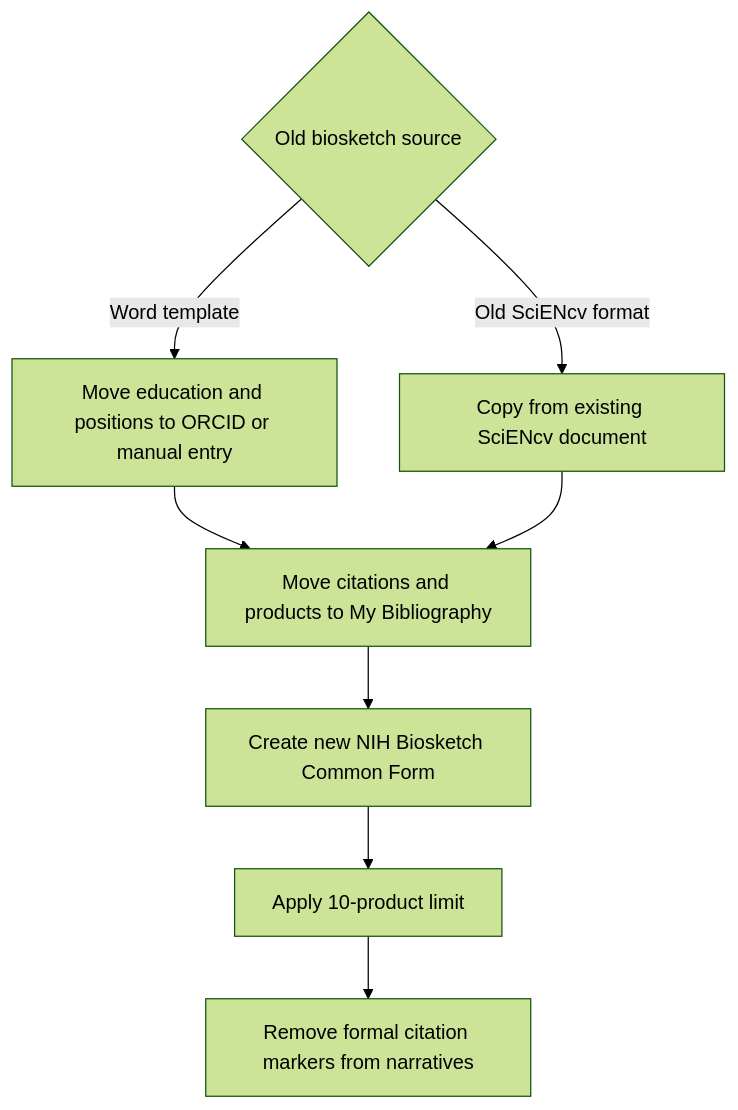
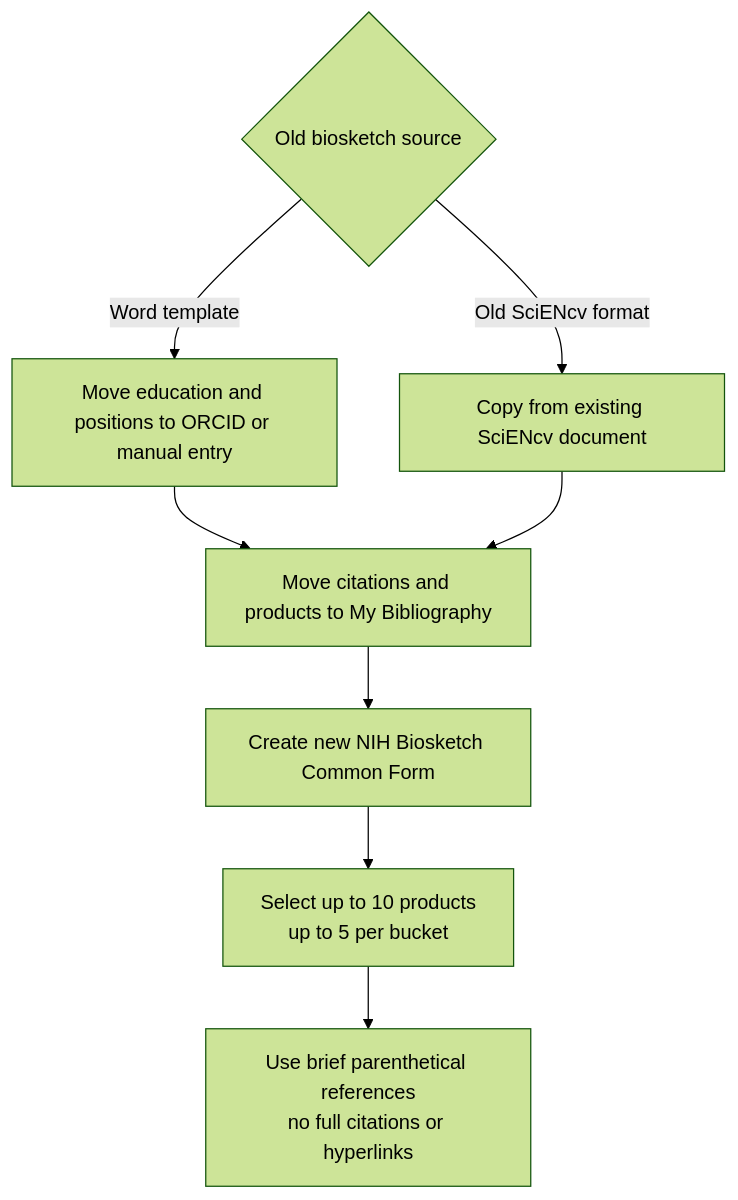
The diagram in docs/biosketch/transition-from-old.md (FritscheLab/nih-sciencv-playbook), drawn with Mermaid (forest theme) before and after one commit. The commit also changed other lines of this file and 48 other files, not shown here.

````diff
--- a/docs/biosketch/transition-from-old.md
+++ b/docs/biosketch/transition-from-old.md
@@ -24,12 +24,12 @@
 ```mermaid
 flowchart TD
     accTitle: Old biosketch transition path
     accDescr: Legacy Word and older SciENcv biosketch content moves into upstream data sources and the new Common Form document.
     A{"Old biosketch source"} -- "Word template" --> B["Move education and positions to ORCID or manual entry"]
     A -- "Old SciENcv format" --> C["Copy from existing SciENcv document"]
     B --> D["Move citations and products to My Bibliography"]
     C --> D
     D --> E["Create new NIH Biosketch Common Form"]
-    E --> F["Apply 10-product limit"]
-    F --> G["Remove formal citation markers from narratives"]
+    E --> F["Select up to 10 products<br/>up to 5 per bucket"]
+    F --> G["Use brief parenthetical references<br/>no full citations or hyperlinks"]
 ```
````
